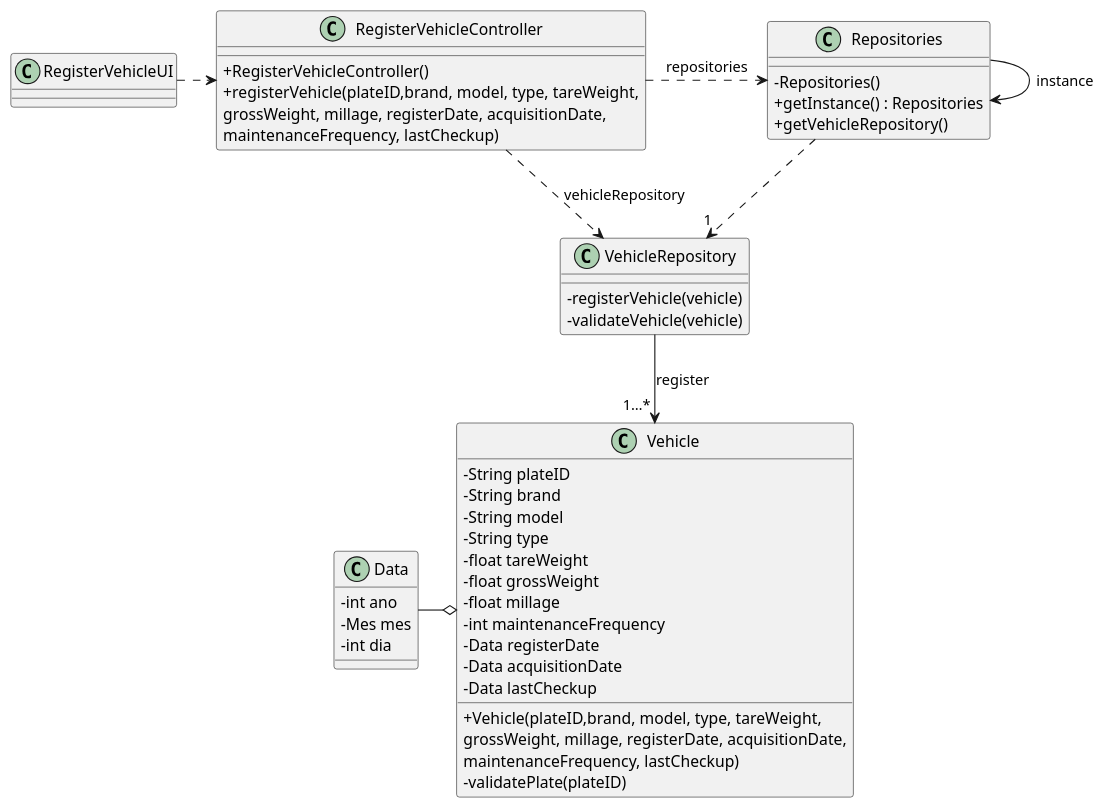
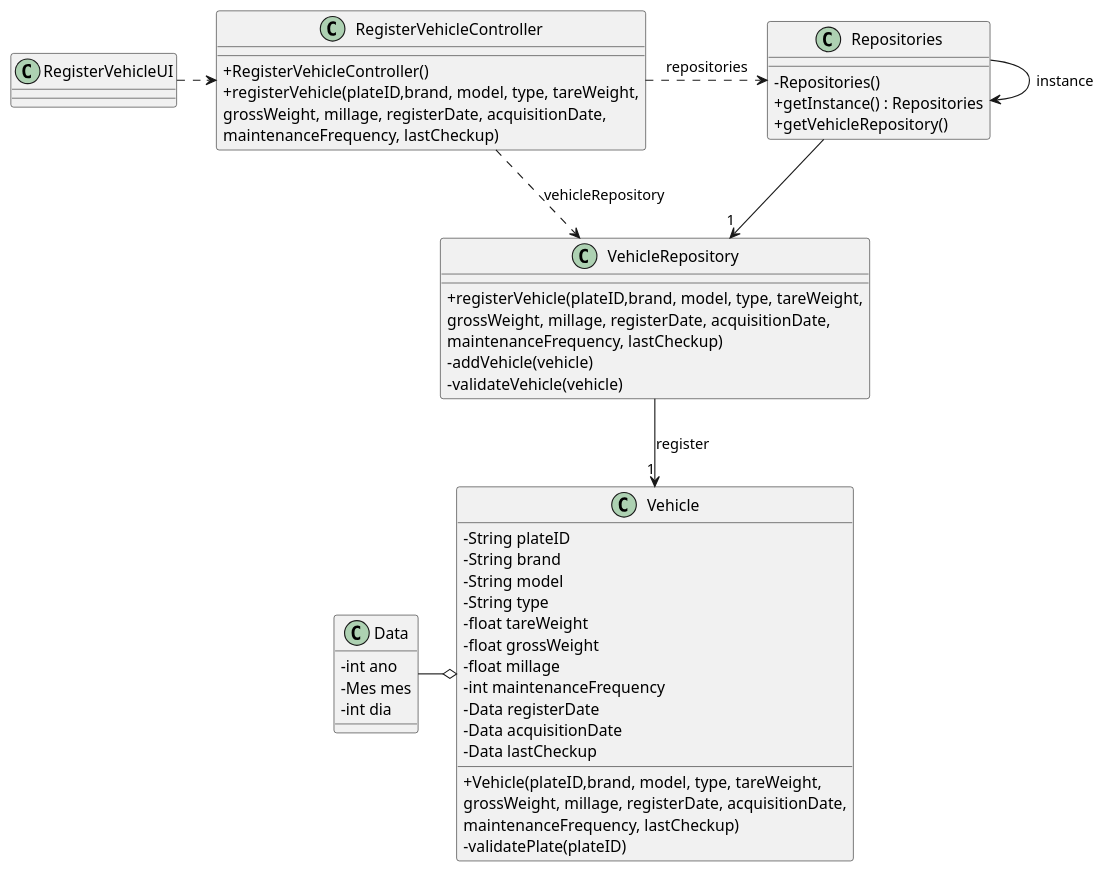
One commit to SAEmanuel/Green_Spaces_Management_ISEP changed the diagram in docs/sprintB/us006/03.design/puml/us006-class-diagram.puml. Above: the diagram before and after it, drawn with PlantUML. The commit also changed 14 other files, not shown here.

```diff
--- a/docs/sprintB/us006/03.design/puml/us006-class-diagram.puml
+++ b/docs/sprintB/us006/03.design/puml/us006-class-diagram.puml
@@ -1,67 +1,68 @@
 @startuml
 'skinparam monochrome true
 skinparam packageStyle rectangle
 skinparam shadowing false
 skinparam linetype polyline
 'skinparam linetype orto
 skinparam classAttributeIconSize 0
 'left to right direction
 
 
 
 class Vehicle {
     - String plateID
     - String brand
     - String model
     - String type
     - float tareWeight
     - float grossWeight
     - float millage
     - int maintenanceFrequency
     - Data registerDate
     - Data acquisitionDate
     - Data lastCheckup
     + Vehicle(plateID,brand, model, type, tareWeight,\ngrossWeight, millage, registerDate, acquisitionDate,\nmaintenanceFrequency, lastCheckup)
     - validatePlate(plateID)
 }
 
 
 class Data {
     - int ano
     - Mes mes
     - int dia
 
 }
 
 
 class VehicleRepository {
-    - registerVehicle(vehicle)
+    + registerVehicle(plateID,brand, model, type, tareWeight,\ngrossWeight, millage, registerDate, acquisitionDate,\nmaintenanceFrequency, lastCheckup)
+    - addVehicle(vehicle)
     - validateVehicle(vehicle)
 }
 
 
 class Repositories {
     - Repositories()
     + getInstance() : Repositories
     + getVehicleRepository()
 }
 
 class RegisterVehicleController {
     + RegisterVehicleController()
     + registerVehicle(plateID,brand, model, type, tareWeight,\ngrossWeight, millage, registerDate, acquisitionDate,\nmaintenanceFrequency, lastCheckup)
 }
 
 class RegisterVehicleUI {
 }
 
 RegisterVehicleUI .> RegisterVehicleController
 
 RegisterVehicleController .> Repositories : repositories
-Repositories  ..> "1 " VehicleRepository
+Repositories  --> "1 " VehicleRepository
 Repositories -> Repositories : instance
 
 RegisterVehicleController ..>  VehicleRepository : vehicleRepository
 
-VehicleRepository  --> "1…* " Vehicle : register
+VehicleRepository  --> "1" Vehicle : register
 Data -o Vehicle
 @enduml
```
